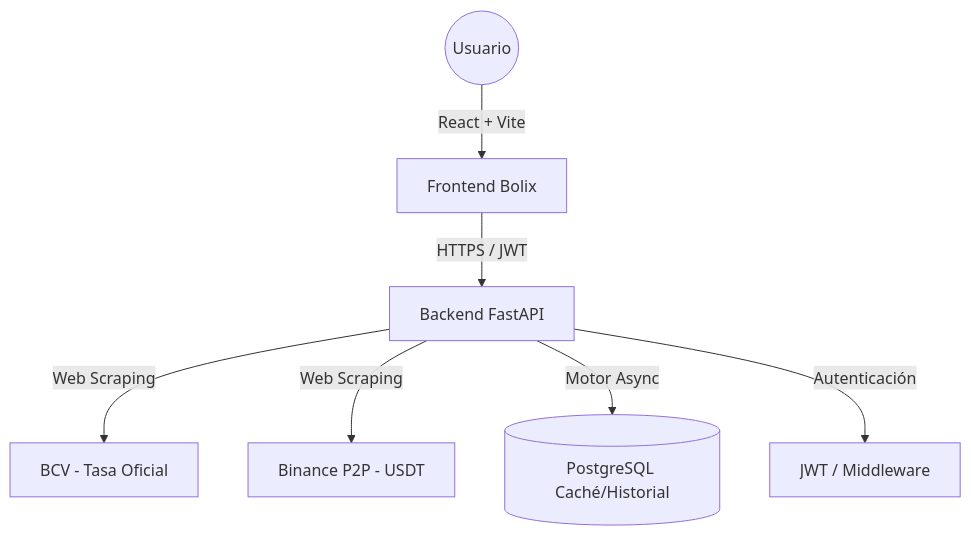
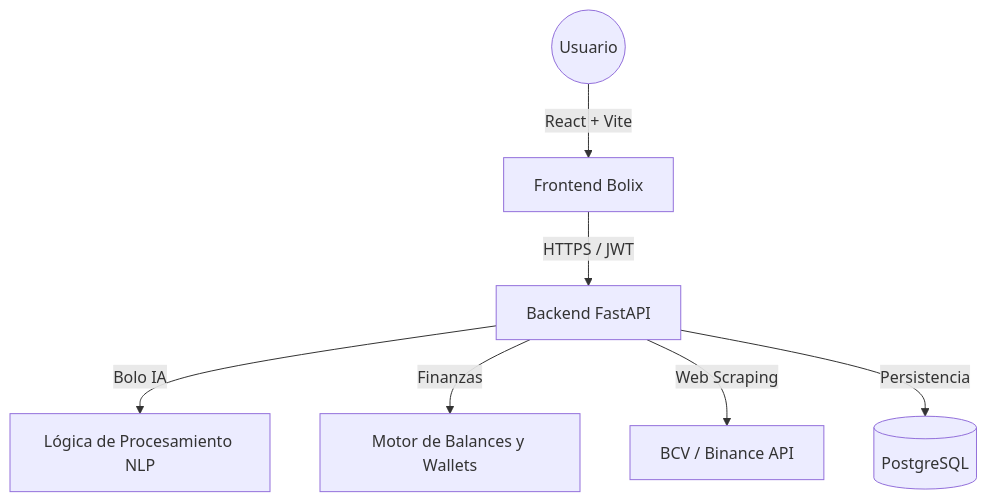
The diagram in README.md (CarlosSalazar34/Bolix), drawn with Mermaid before and after one commit. The commit also changed other lines of this file, not shown here.

Commit message:
docs: update README with version 1.3.0 features (Bolo AI, Gestor, Wallets)

````diff
--- a/README.md
+++ b/README.md
@@ -54,9 +54,9 @@
 ```mermaid
 graph TD
     User((Usuario)) -->|React + Vite| Frontend[Frontend Bolix]
     Frontend -->|HTTPS / JWT| Backend[Backend FastAPI]
-    Backend -->|Web Scraping| BCV[BCV - Tasa Oficial]
-    Backend -->|Web Scraping| Binance[Binance P2P - USDT]
-    Backend -->|Motor Async| DB[(PostgreSQL Caché/Historial)]
-    Backend -->|Autenticación| Auth[JWT / Middleware]
+    Backend -->|Bolo IA| BotLogic[Lógica de Procesamiento NLP]
+    Backend -->|Finanzas| Gestor[Motor de Balances y Wallets]
+    Backend -->|Web Scraping| Sources[BCV / Binance API]
+    Backend -->|Persistencia| DB[(PostgreSQL)]
 ```
````
